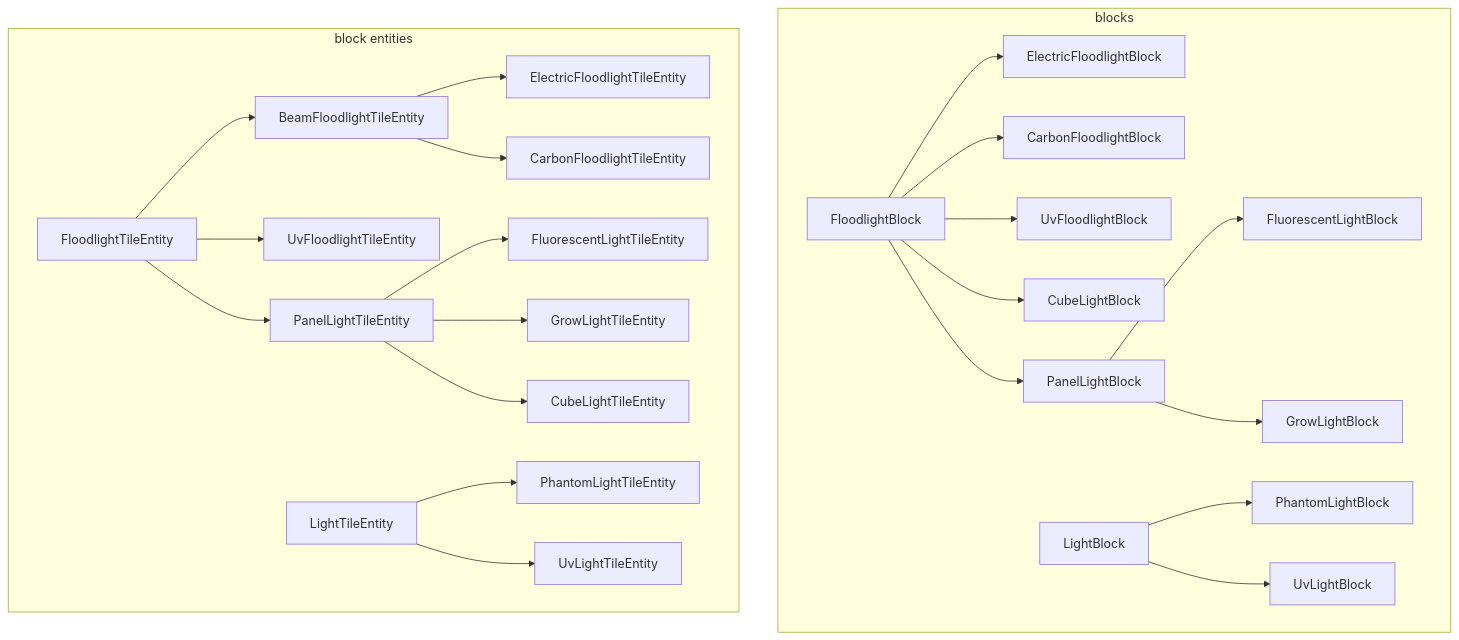
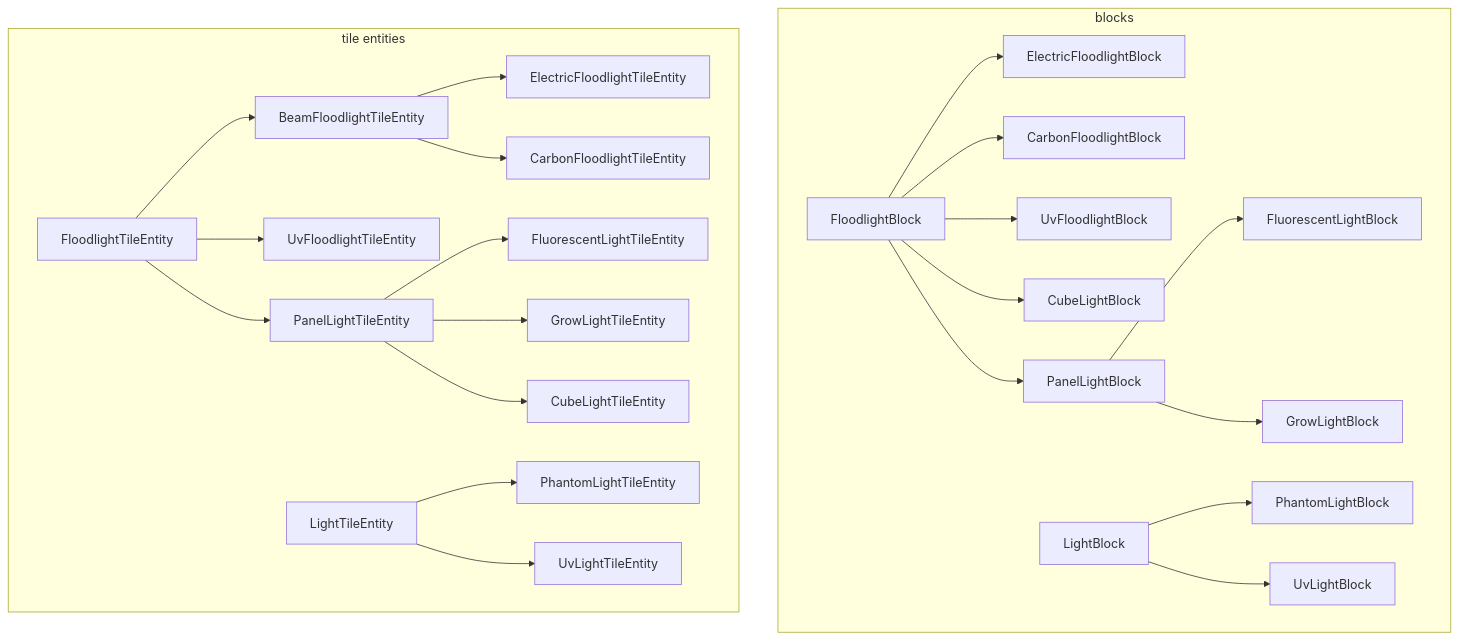
One commit to OpenModularTurretsTeam/OpenModularLighting changed the second of 2 diagrams in docs/architecture.md. Above: the diagram before and after it, drawn with Mermaid. The commit also changed other lines of this file, not shown here.

Commit message:
docs: architecture.md for OML 1.12 (replaces the 1.20.1+ copy)

````diff
--- a/docs/architecture.md
+++ b/docs/architecture.md
@@ -102,26 +95,26 @@
 ```mermaid
 flowchart TB
     subgraph blocks
         FB[FloodlightBlock] --> EFB[ElectricFloodlightBlock]
         FB --> CFB[CarbonFloodlightBlock]
         FB --> UFB[UvFloodlightBlock]
         FB --> CLB[CubeLightBlock]
         FB --> PLB[PanelLightBlock]
         PLB --> FLB[FluorescentLightBlock]
         PLB --> GLB[GrowLightBlock]
         LB[LightBlock] --> PHB[PhantomLightBlock]
         LB --> UVB[UvLightBlock]
     end
-    subgraph block entities
+    subgraph tile entities
         FBE[FloodlightTileEntity] --> BFBE[BeamFloodlightTileEntity]
         BFBE --> EFBE[ElectricFloodlightTileEntity]
         BFBE --> CFBE[CarbonFloodlightTileEntity]
         FBE --> UFBE[UvFloodlightTileEntity]
         FBE --> PLBE[PanelLightTileEntity]
         PLBE --> FLBE[FluorescentLightTileEntity]
         PLBE --> GLBE[GrowLightTileEntity]
         PLBE --> CLBE[CubeLightTileEntity]
         LBE[LightTileEntity] --> PHBE[PhantomLightTileEntity]
         LBE --> UVBE[UvLightTileEntity]
     end
 ```
````
